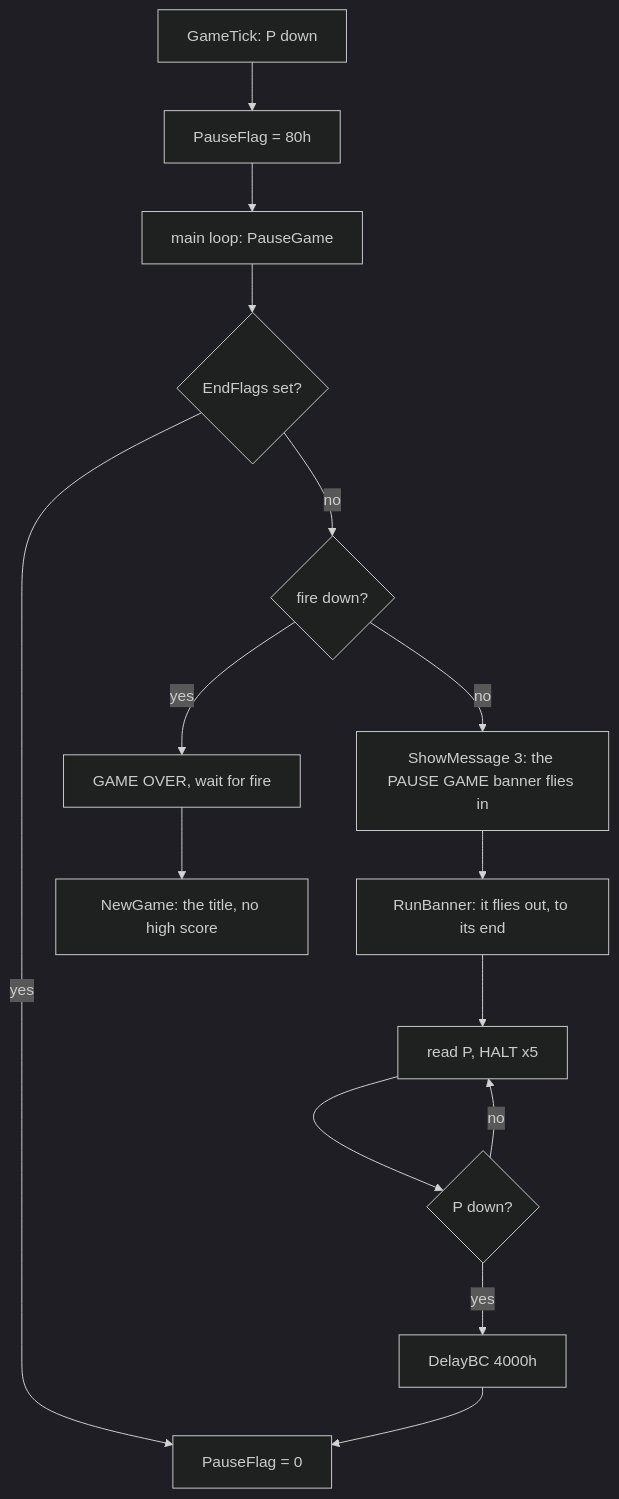
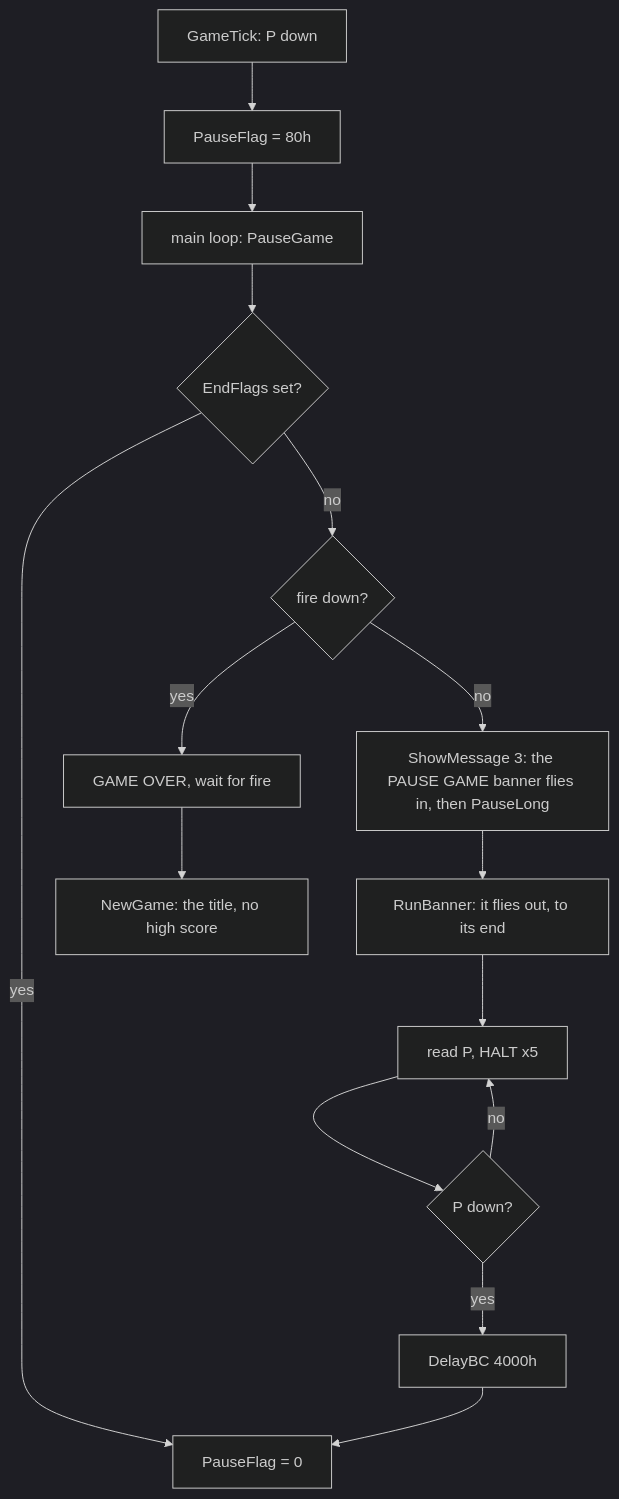
Before and after one commit to alfishe/unrealng-reverse-cases: the sixth of 9 diagrams in games/switchblade/docs/05-controls.md, drawn with Mermaid (dark theme). The commit also changed other lines of this file and 47 other files, not shown here.

````diff
--- a/games/switchblade/docs/05-controls.md
+++ b/games/switchblade/docs/05-controls.md
@@ -737,17 +775,17 @@
 ```mermaid
 flowchart TD
     A[GameTick: P down] --> B[PauseFlag = 80h]
     B --> C[main loop: PauseGame]
     C --> D{EndFlags set?}
     D -- yes --> Z[PauseFlag = 0]
     D -- no --> E{fire down?}
     E -- yes --> F[GAME OVER, wait for fire]
     F --> G[NewGame: the title, no high score]
-    E -- no --> H[ShowMessage 3: the PAUSE GAME banner flies in]
+    E -- no --> H[ShowMessage 3: the PAUSE GAME banner flies in, then PauseLong]
     H --> H2[RunBanner: it flies out, to its end]
     H2 --> I[read P, HALT x5]
     I --> J{P down?}
     J -- no --> I
     J -- yes --> K["DelayBC 4000h"]
     K --> Z
 ```
````
